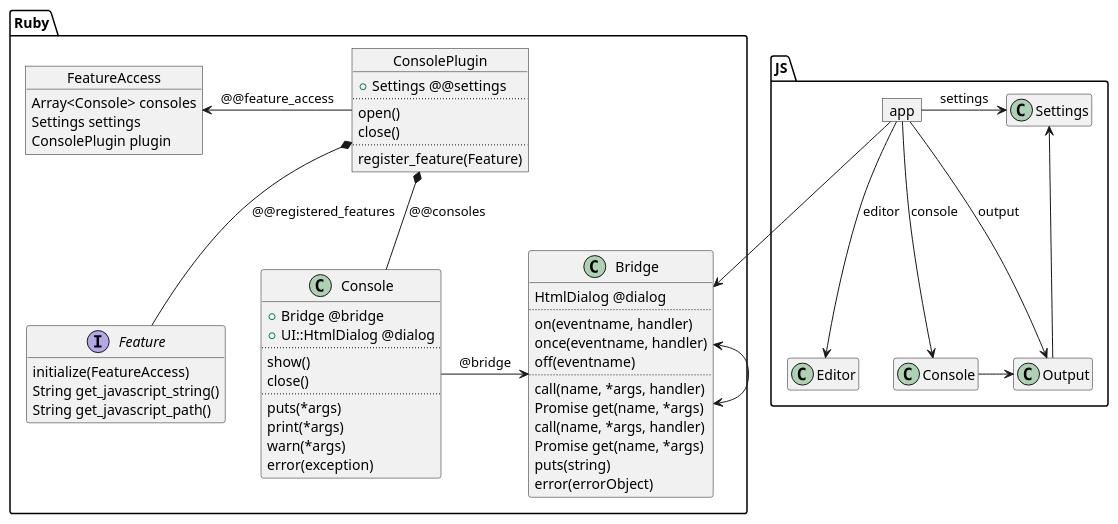
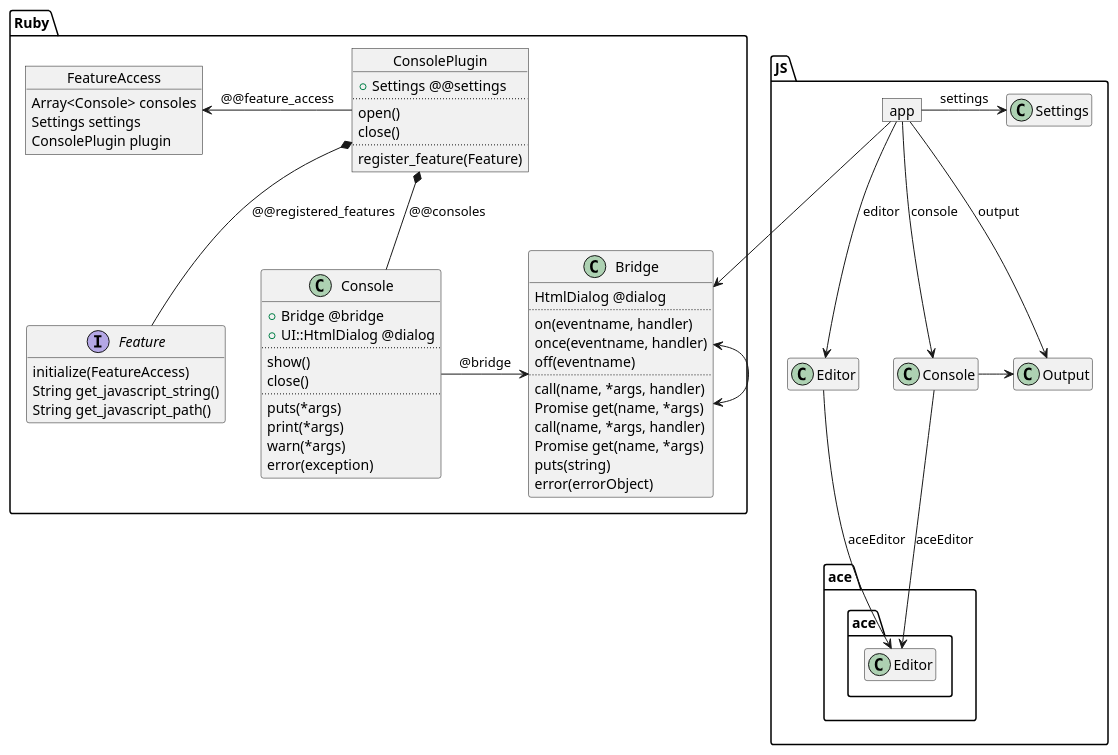
The diagram in design/class_diagram.puml (Aerilius/sketchup-console-plus), drawn with PlantUML before and after one commit. The commit also changed 1 other file, not shown here.

Commit message:
Update class diagram

```diff
--- a/design/class_diagram.puml
+++ b/design/class_diagram.puml
@@ -1,100 +1,105 @@
 @startuml
 set namespaceSeparator ::
 hide empty members
 !pragma horizontalLineBetweenDifferentPackageAllowed
 
 package Ruby {
     object ConsolePlugin {
         + Settings @@settings
         ..
         open()
         close()
         ..
         register_feature(Feature)
     }
 
     class Ruby::Console {
         + Bridge @bridge
         + UI::HtmlDialog @dialog
         ..
         show()
         close()
         ..
         puts(*args)
         print(*args)
         warn(*args)
         error(exception)
     }
 
     interface Feature {
         initialize(FeatureAccess)
         String get_javascript_string()
         String get_javascript_path()
     }
 
     object FeatureAccess {
         Array<Console> consoles
         Settings settings
         ConsolePlugin plugin
     }
 
     class Ruby::Bridge {
         HtmlDialog @dialog
         ..
         on(eventname, handler)
         once(eventname, handler)
         off(eventname)
         ..
         call(name, *args, handler)
         Promise get(name, *args)
     }
 
     ConsolePlugin *-down- Ruby::Console: @@consoles
     ConsolePlugin *-- Feature: @@registered_features
     ConsolePlugin -left-> FeatureAccess: @@feature_access
 
     Ruby::Console --> Ruby::Bridge: @bridge
 
     'some hidden links for better layout
     FeatureAccess -[hidden]down->  Feature
     Feature       -[hidden]right-> Ruby::Console
     Ruby::Console -[hidden]right-> Ruby::Bridge
 }
 
 package JS {
     object app
-    class Editor
+    class JS::Editor
     class JS::Console
     class Output
     class JS::Settings
 
     object Bridge {
         call(name, *args, handler)
         Promise get(name, *args)
         puts(string)
         error(errorObject)
     }
 
-    app --> Editor: editor
+    app --> JS::Editor: editor
     app --> JS::Console: console
     app --> Output: output
     app --> JS::Settings: settings
     app --> Bridge
 
     JS::Console -right-> Output
     'JS::Console --> JS::Settings
 
-    'Editor --> JS::Settings
+    'JS::Editor --> JS::Settings
 
     'Output --> JS::Settings
 
+    package ace {
+       JS::Editor --> ace::Editor: aceEditor
+       JS::Console --> ace::Editor: aceEditor
+    }
+
     'some hidden links for better layout
     app    -[hidden]right-> JS::Settings
-    Editor -[hidden]left->  Bridge
-    Editor -[hidden]right-> JS::Console
-    Output -up->            JS::Settings
+    JS::Editor -[hidden]left->  Bridge
+    JS::Editor -[hidden]right-> JS::Console
+    Output -[hidden]up->        JS::Settings
 }
 
 Ruby::Bridge <-right-> Bridge
 
 @enduml
```
